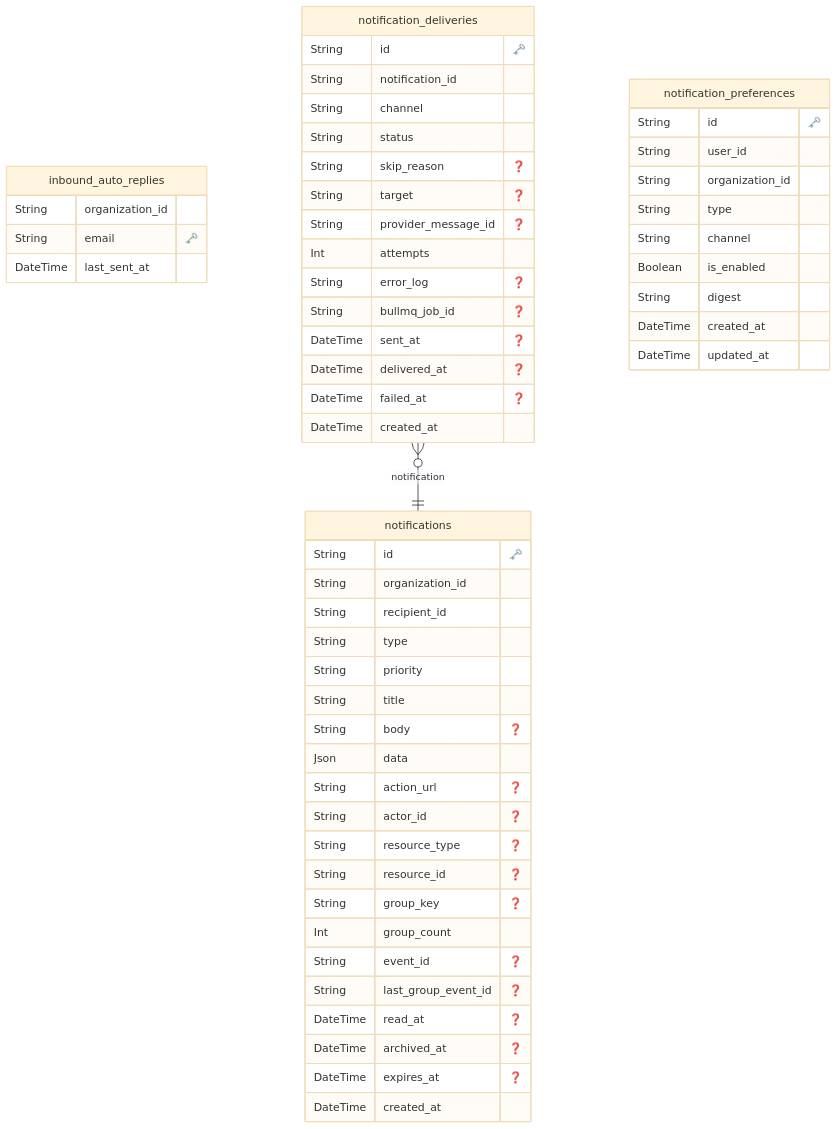
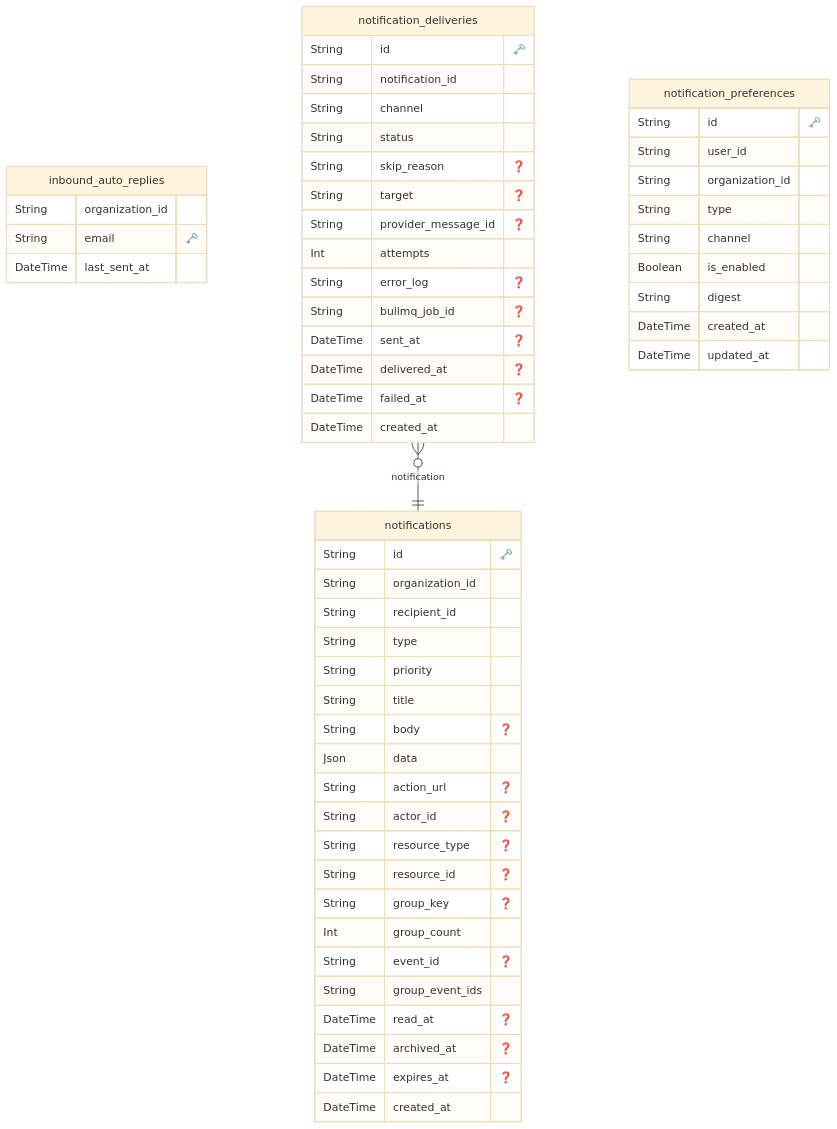
One commit to dungtq2k5/synapse-desk changed the diagram in docs/reference/erd/notification-service.md. Above: the diagram before and after it, drawn with Mermaid (base theme). The commit also changed 55 other files, not shown here.

````diff
--- a/docs/reference/erd/notification-service.md
+++ b/docs/reference/erd/notification-service.md
@@ -1,66 +1,66 @@
 ```mermaid
 erDiagram
 
   "notifications" {
     String id "🗝️"
     String organization_id 
     String recipient_id 
     String type 
     String priority 
     String title 
     String body "❓"
     Json data 
     String action_url "❓"
     String actor_id "❓"
     String resource_type "❓"
     String resource_id "❓"
     String group_key "❓"
     Int group_count 
     String event_id "❓"
-    String last_group_event_id "❓"
+    String group_event_ids 
     DateTime read_at "❓"
     DateTime archived_at "❓"
     DateTime expires_at "❓"
     DateTime created_at 
     }
   
 
   "inbound_auto_replies" {
     String organization_id 
     String email "🗝️"
     DateTime last_sent_at 
     }
   
 
   "notification_deliveries" {
     String id "🗝️"
     String notification_id 
     String channel 
     String status 
     String skip_reason "❓"
     String target "❓"
     String provider_message_id "❓"
     Int attempts 
     String error_log "❓"
     String bullmq_job_id "❓"
     DateTime sent_at "❓"
     DateTime delivered_at "❓"
     DateTime failed_at "❓"
     DateTime created_at 
     }
   
 
   "notification_preferences" {
     String id "🗝️"
     String user_id 
     String organization_id 
     String type 
     String channel 
     Boolean is_enabled 
     String digest 
     DateTime created_at 
     DateTime updated_at 
     }
   
     "notification_deliveries" }o--|| notifications : "notification"
 ```
````
